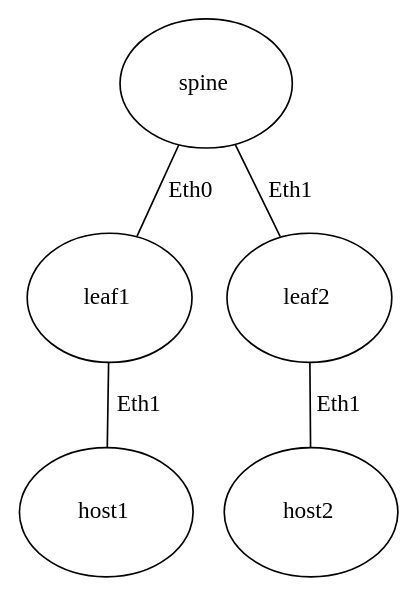
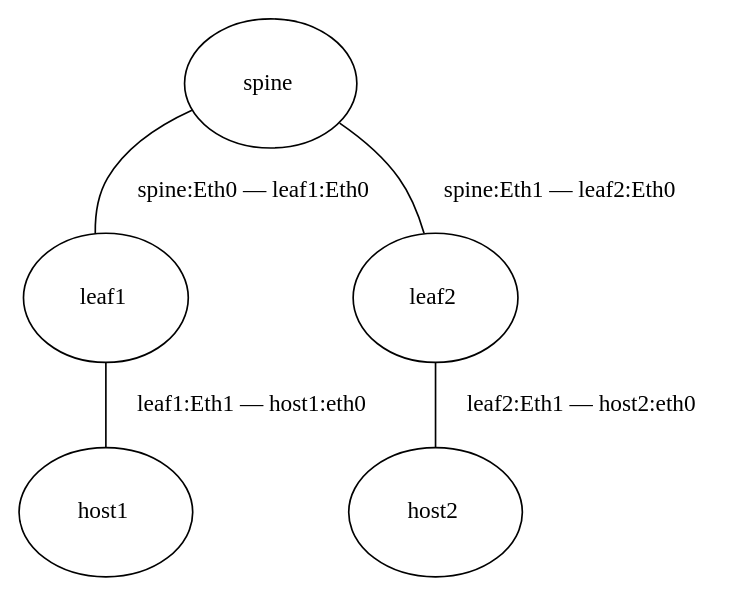
The diagram in docs/diagrams/newtrun-topology-3node-ngdp.dot (aldrin-isaac/newtron), drawn with Graphviz before and after one commit. The commit also changed 5 other files, not shown here.

```diff
--- a/docs/diagrams/newtrun-topology-3node-ngdp.dot
+++ b/docs/diagrams/newtrun-topology-3node-ngdp.dot
@@ -1,7 +1,7 @@
 graph {
     rankdir=TB;
-    "\n  spine  \n\n" -- "\n  leaf1  \n\n" [label="Eth0"];
-    "\n  spine  \n\n" -- "\n  leaf2  \n\n" [label="Eth1"];
-    "\n  leaf1  \n\n" -- "\n  host1  \n\n" [label="Eth1"];
-    "\n  leaf2  \n\n" -- "\n  host2  \n\n" [label="Eth1"];
+    "\n  spine  \n\n" -- "\n  leaf1  \n\n" [label="spine:Eth0 — leaf1:Eth0"];
+    "\n  spine  \n\n" -- "\n  leaf2  \n\n" [label="spine:Eth1 — leaf2:Eth0"];
+    "\n  leaf1  \n\n" -- "\n  host1  \n\n" [label="leaf1:Eth1 — host1:eth0"];
+    "\n  leaf2  \n\n" -- "\n  host2  \n\n" [label="leaf2:Eth1 — host2:eth0"];
 }
```
